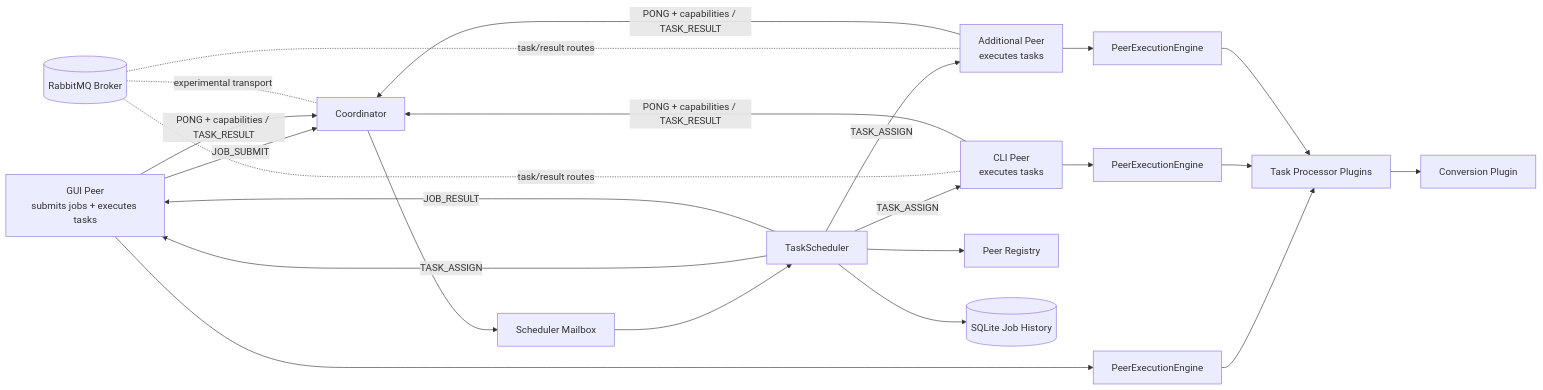
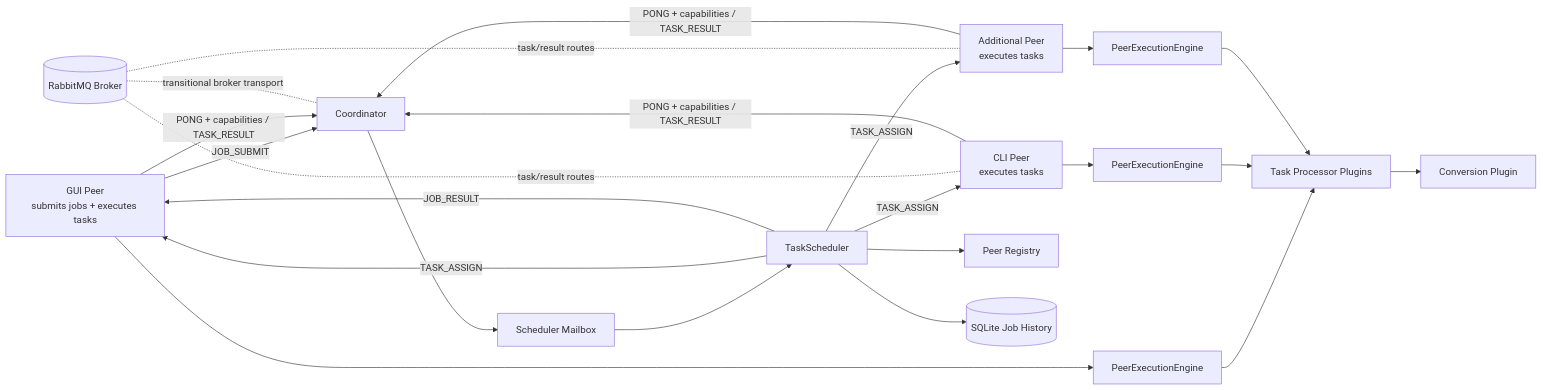
Before and after one commit to HuuPhu-Nguyen/Task-Flow-2: the diagram in README.md, drawn with Mermaid. The commit also changed other lines of this file and 2 other files, not shown here.

````diff
--- a/README.md
+++ b/README.md
@@ -38,26 +38,26 @@
 ```mermaid
 flowchart LR
     PeerA[GUI Peer\nsubmits jobs + executes tasks] -->|JOB_SUBMIT| Coordinator
     PeerA -->|PONG + capabilities / TASK_RESULT| Coordinator
     PeerB[CLI Peer\nexecutes tasks] -->|PONG + capabilities / TASK_RESULT| Coordinator
     PeerC[Additional Peer\nexecutes tasks] -->|PONG + capabilities / TASK_RESULT| Coordinator
     Coordinator --> Mailbox[Scheduler Mailbox]
     Mailbox --> Scheduler[TaskScheduler]
     Scheduler --> Registry[Peer Registry]
     Scheduler --> Store[(SQLite Job History)]
     Scheduler -->|TASK_ASSIGN| PeerA
     Scheduler -->|TASK_ASSIGN| PeerB
     Scheduler -->|TASK_ASSIGN| PeerC
     PeerA --> EngineA[PeerExecutionEngine]
     PeerB --> EngineB[PeerExecutionEngine]
     PeerC --> EngineC[PeerExecutionEngine]
     EngineA --> Plugins[Task Processor Plugins]
     EngineB --> Plugins
     EngineC --> Plugins
     Plugins --> Conversion[Conversion Plugin]
     Scheduler -->|JOB_RESULT| PeerA
 
-    RabbitMQ[(RabbitMQ Broker)] -. experimental transport .- Coordinator
+    RabbitMQ[(RabbitMQ Broker)] -. transitional broker transport .- Coordinator
     RabbitMQ -. task/result routes .- PeerB
     RabbitMQ -. task/result routes .- PeerC
 ```
````
